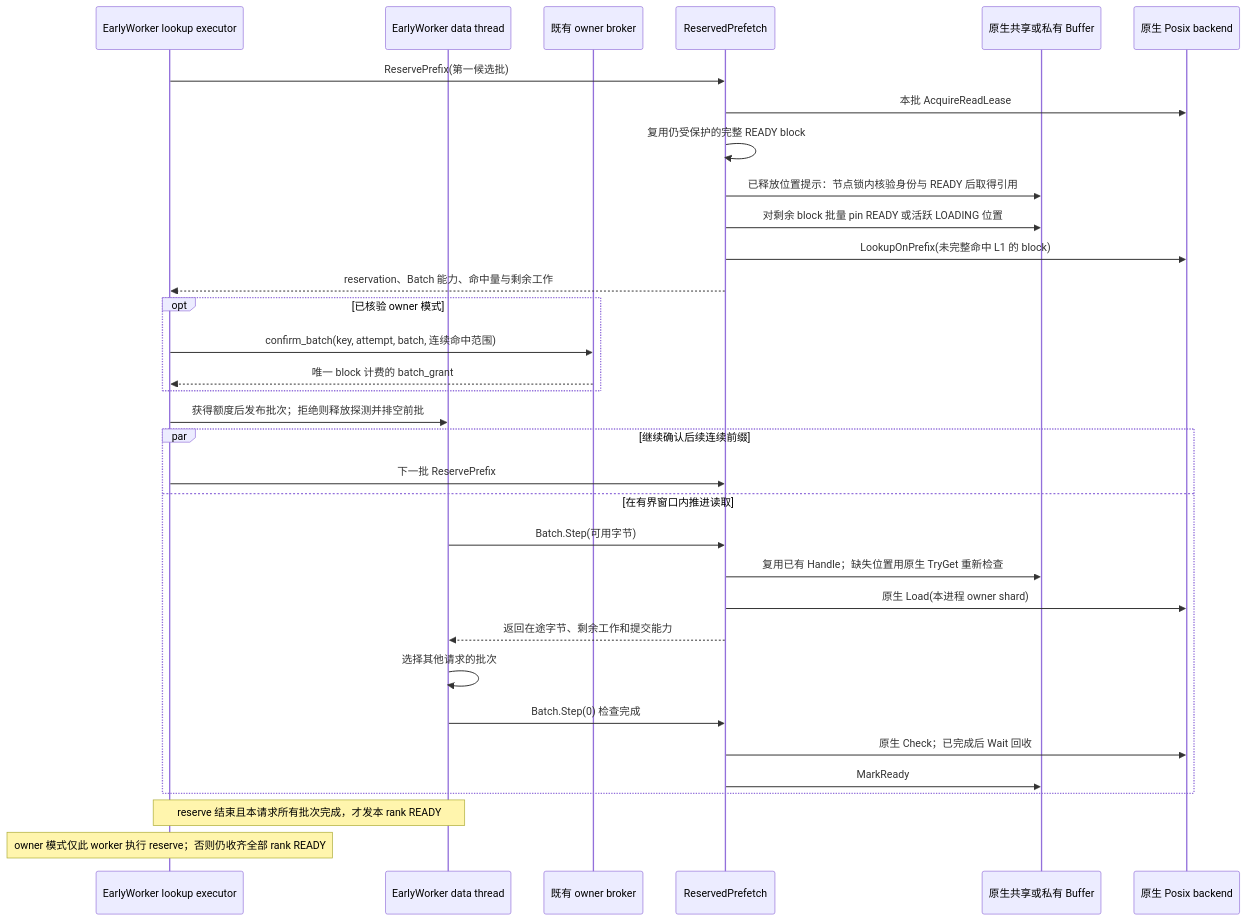
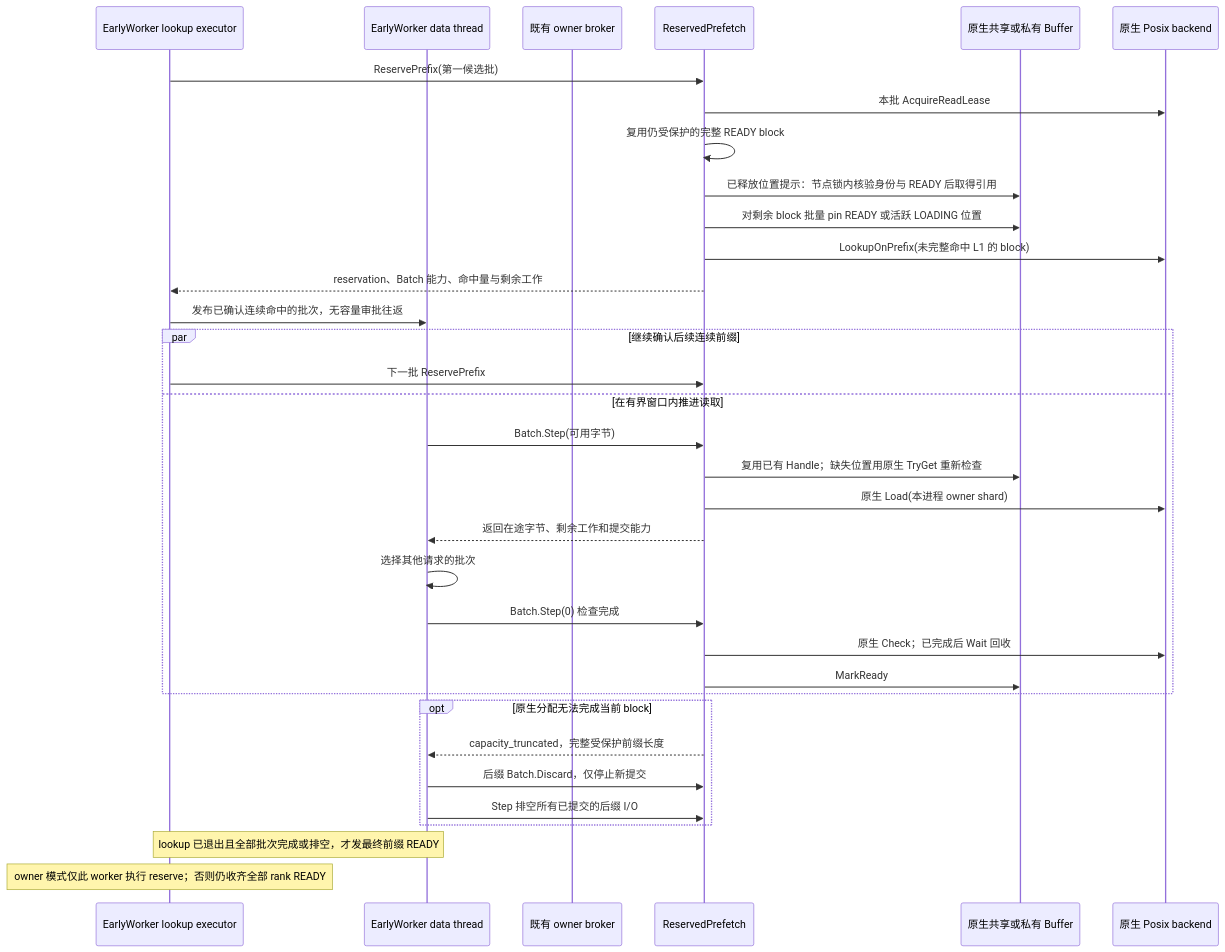
One commit to StorTecDev/ucm-prefetch changed the first of 3 diagrams in docs/EARLY_PREFETCH_DESIGN.md. Above: the diagram before and after it, drawn with Mermaid. The commit also changed other lines of this file and 6 other files, not shown here.

````diff
--- a/docs/EARLY_PREFETCH_DESIGN.md
+++ b/docs/EARLY_PREFETCH_DESIGN.md
@@ -120,35 +120,36 @@
 ```mermaid
 sequenceDiagram
     participant W as EarlyWorker lookup executor
     participant D as EarlyWorker data thread
     participant O as 既有 owner broker
     participant R as ReservedPrefetch
     participant B as 原生共享或私有 Buffer
     participant P as 原生 Posix backend
     W->>R: ReservePrefix(第一候选批)
     R->>P: 本批 AcquireReadLease
     R->>R: 复用仍受保护的完整 READY block
     R->>B: 已释放位置提示：节点锁内核验身份与 READY 后取得引用
     R->>B: 对剩余 block 批量 pin READY 或活跃 LOADING 位置
     R->>P: LookupOnPrefix(未完整命中 L1 的 block)
     R-->>W: reservation、Batch 能力、命中量与剩余工作
-    opt 已核验 owner 模式
-        W->>O: confirm_batch(key, attempt, batch, 连续命中范围)
-        O-->>W: 唯一 block 计费的 batch_grant
-    end
-    W->>D: 获得额度后发布批次；拒绝则释放探测并排空前批
+    W->>D: 发布已确认连续命中的批次，无容量审批往返
     par 继续确认后续连续前缀
         W->>R: 下一批 ReservePrefix
     and 在有界窗口内推进读取
         D->>R: Batch.Step(可用字节)
         R->>B: 复用已有 Handle；缺失位置用原生 TryGet 重新检查
         R->>P: 原生 Load(本进程 owner shard)
         R-->>D: 返回在途字节、剩余工作和提交能力
         D->>D: 选择其他请求的批次
         D->>R: Batch.Step(0) 检查完成
         R->>P: 原生 Check；已完成后 Wait 回收
         R->>B: MarkReady
     end
-    Note over W,D: reserve 结束且本请求所有批次完成，才发本 rank READY
+    opt 原生分配无法完成当前 block
+        R-->>D: capacity_truncated，完整受保护前缀长度
+        D->>R: 后缀 Batch.Discard，仅停止新提交
+        D->>R: Step 排空所有已提交的后缀 I/O
+    end
+    Note over W,D: lookup 已退出且全部批次完成或排空，才发最终前缀 READY
     Note over W: owner 模式仅此 worker 执行 reserve；否则仍收齐全部 rank READY
 ```
````
